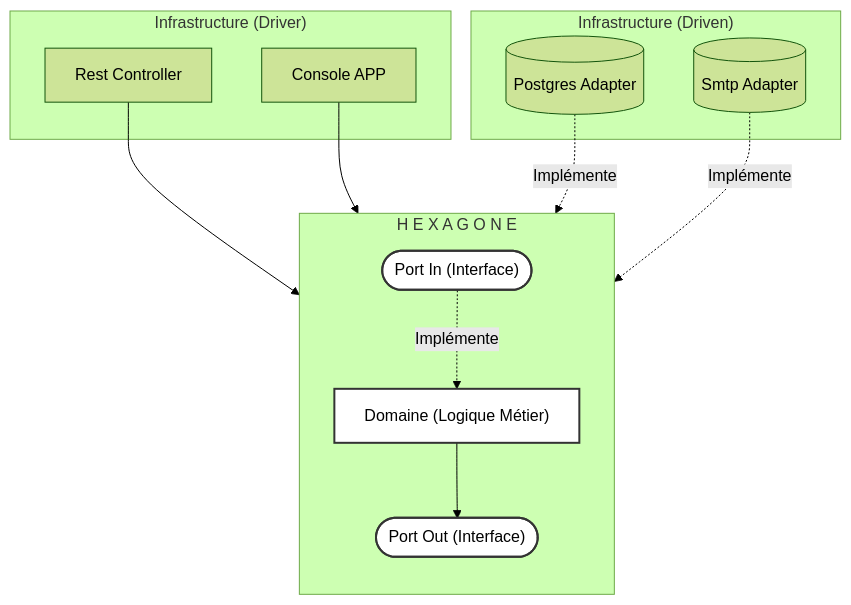
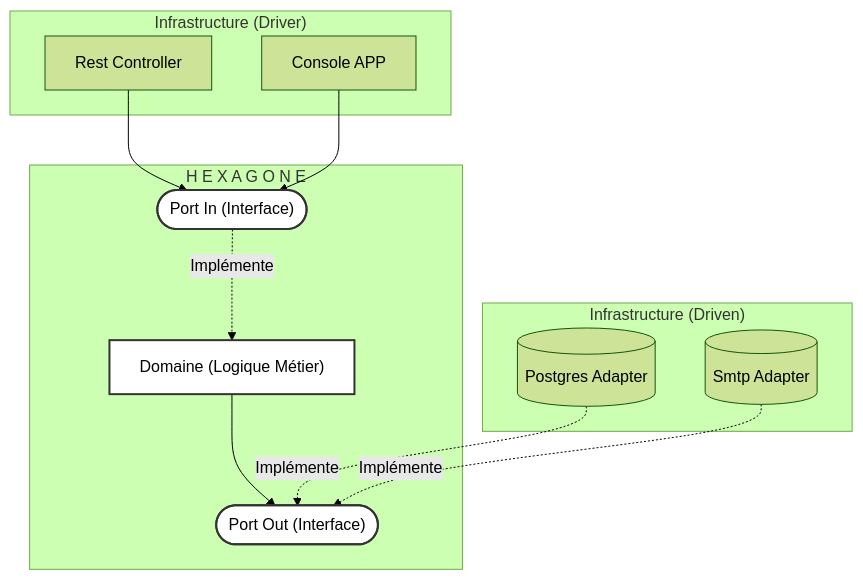
The second of 3 diagrams in slides/getting_started/_posts/0000-1-1-03_Projet.md (frderoubaix/path-to-production), drawn with Mermaid (forest theme) before and after one commit. The commit also changed other lines of this file, not shown here.

```diff
--- a/slides/getting_started/_posts/0000-1-1-03_Projet.md
+++ b/slides/getting_started/_posts/0000-1-1-03_Projet.md
@@ -160,29 +160,28 @@
 <div class="mermaid">
-graph TB
+flowchart TB
     subgraph Drivers ["Infrastructure (Driver)"]
         API["Rest Controller"]
         CLI["Console APP"]
     end
 
     subgraph Hexagon ["H E X A G O N E"]
-        direction TB
         PortIn(["Port In (Interface)"])
         Domain["Domaine (Logique Métier)"]
         PortOut(["Port Out (Interface)"])
     end
 
     subgraph Driven ["Infrastructure (Driven)"]
         DB[("Postgres Adapter")]
         Mail[("Smtp Adapter")]
     end
 
     API --> PortIn
     CLI --> PortIn
     PortIn -.->|Implémente| Domain
     Domain --> PortOut
     DB -.->|Implémente| PortOut
     Mail -.->|Implémente| PortOut
 
     classDef plain fill:#fff,stroke:#333,stroke-width:2px;
     class Domain,PortIn,PortOut plain;
 </div>
```
